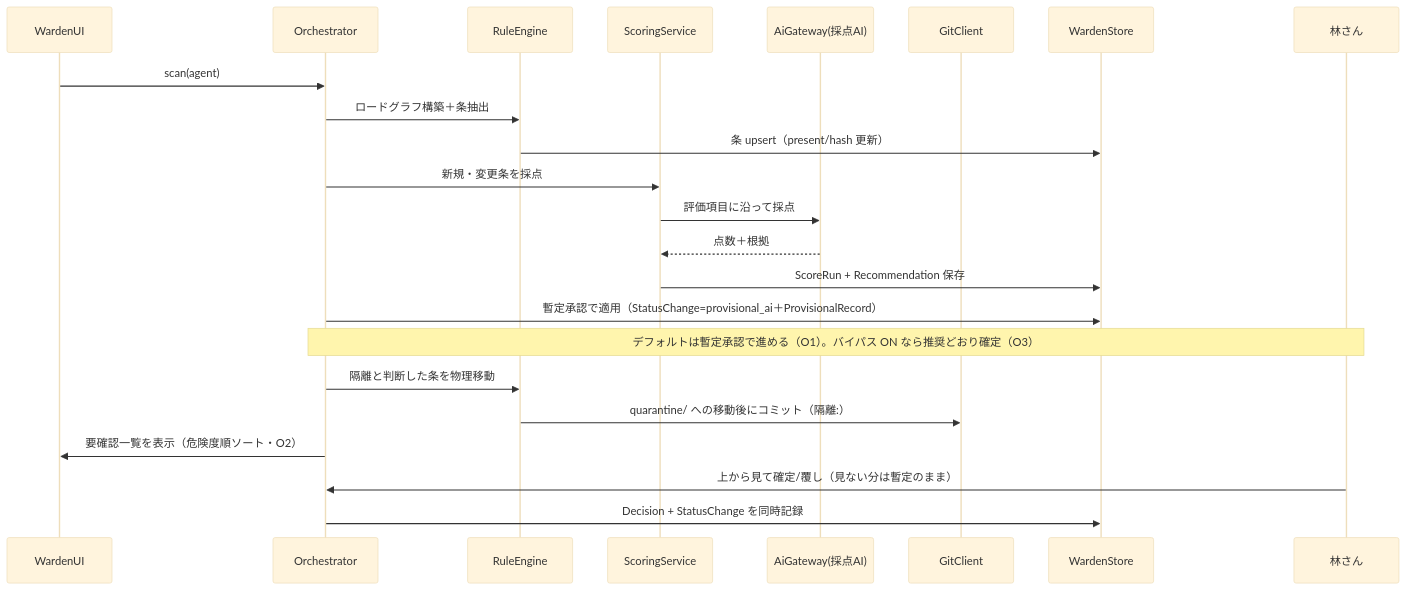
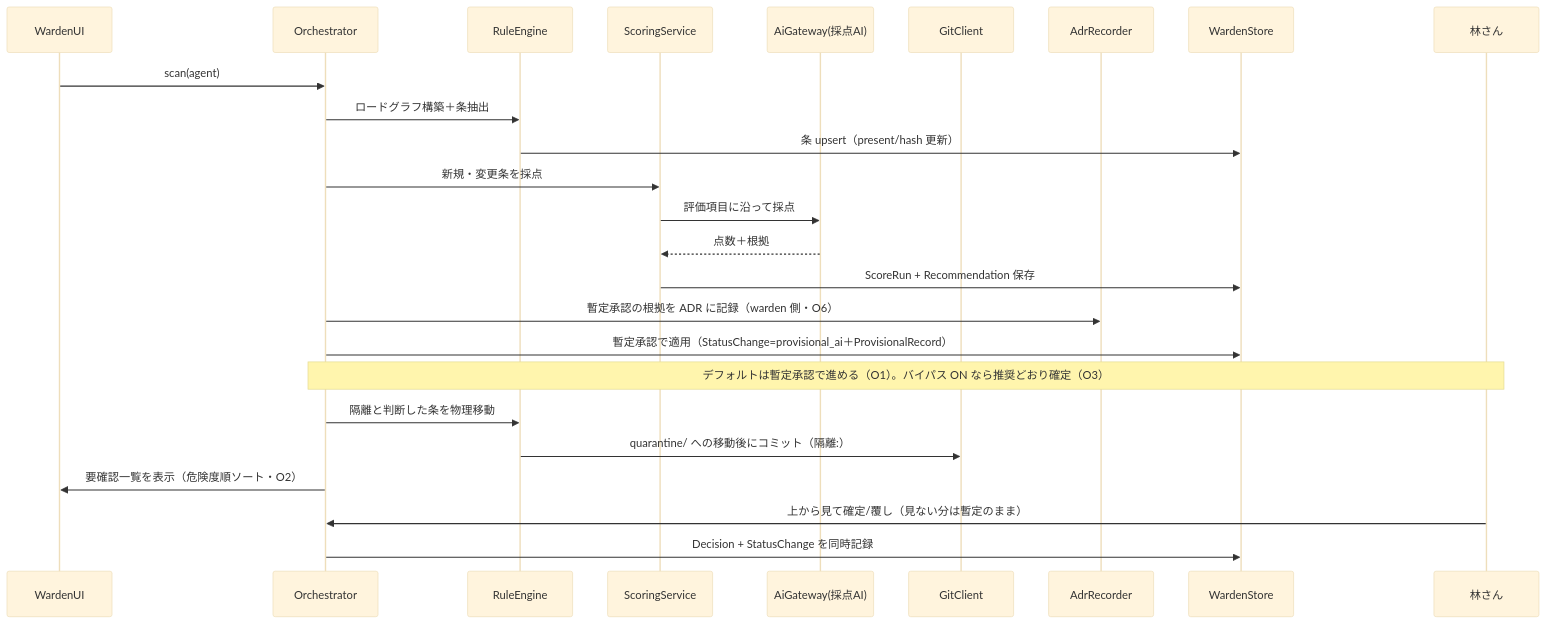
The third of 6 diagrams in docs/adr/0002.5-domain-model.md (khayashi4337/rule-warden), drawn with Mermaid (base theme) before and after one commit. The commit also changed other lines of this file and 3 other files, not shown here.

First line of the commit message:
図・DDL 第3ラウンド整合レビュー: O1/O5/O8 の残存不整合を修正

````diff
--- a/docs/adr/0002.5-domain-model.md
+++ b/docs/adr/0002.5-domain-model.md
@@ -206,26 +207,28 @@
 ```mermaid
 sequenceDiagram
     participant U as WardenUI
     participant O as Orchestrator
     participant RE as RuleEngine
     participant SC as ScoringService
     participant AI as AiGateway(採点AI)
     participant GC as GitClient
+    participant AR as AdrRecorder
     participant DB as WardenStore
     participant H as 林さん
 
     U->>O: scan(agent)
     O->>RE: ロードグラフ構築＋条抽出
     RE->>DB: 条 upsert（present/hash 更新）
     O->>SC: 新規・変更条を採点
     SC->>AI: 評価項目に沿って採点
     AI-->>SC: 点数＋根拠
     SC->>DB: ScoreRun + Recommendation 保存
+    O->>AR: 暫定承認の根拠を ADR に記録（warden 側・O6）
     O->>DB: 暫定承認で適用（StatusChange=provisional_ai＋ProvisionalRecord）
     Note over O,H: デフォルトは暫定承認で進める（O1）。バイパス ON なら推奨どおり確定（O3）
     O->>RE: 隔離と判断した条を物理移動
     RE->>GC: quarantine/ への移動後にコミット（隔離:）
     O->>U: 要確認一覧を表示（危険度順ソート・O2）
     H->>O: 上から見て確定/覆し（見ない分は暫定のまま）
     O->>DB: Decision + StatusChange を同時記録
 ```
````
